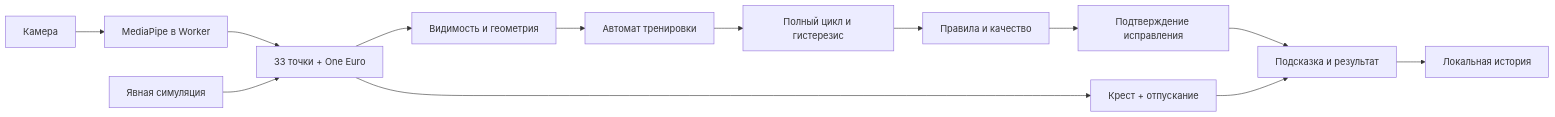
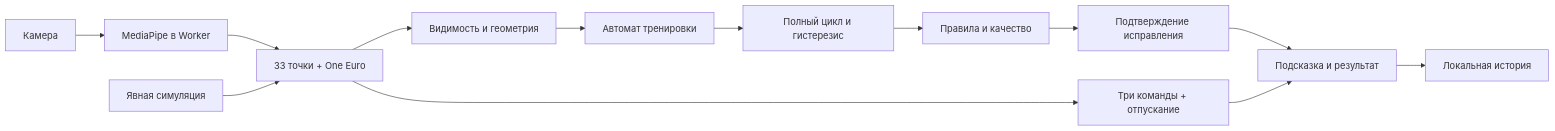
One commit to ovverage/zerkalo changed the diagram in README.md. Above: the diagram before and after it, drawn with Mermaid. The commit also changed other lines of this file and 7 other files, not shown here.

````diff
--- a/README.md
+++ b/README.md
@@ -142,15 +148,15 @@
 ```mermaid
 flowchart LR
   Camera[Камера] --> MP[MediaPipe в Worker]
   MP --> Body[33 точки + One Euro]
   Sim[Явная симуляция] --> Body
   Body --> Visibility[Видимость и геометрия]
   Visibility --> Session[Автомат тренировки]
   Session --> Rep[Полный цикл и гистерезис]
   Rep --> Rules[Правила и качество]
   Rules --> Fix[Подтверждение исправления]
   Fix --> UI[Подсказка и результат]
-  Body --> Gestures[Крест + отпускание]
+  Body --> Gestures[Три команды + отпускание]
   Gestures --> UI
   UI --> Local[Локальная история]
 ```
````
